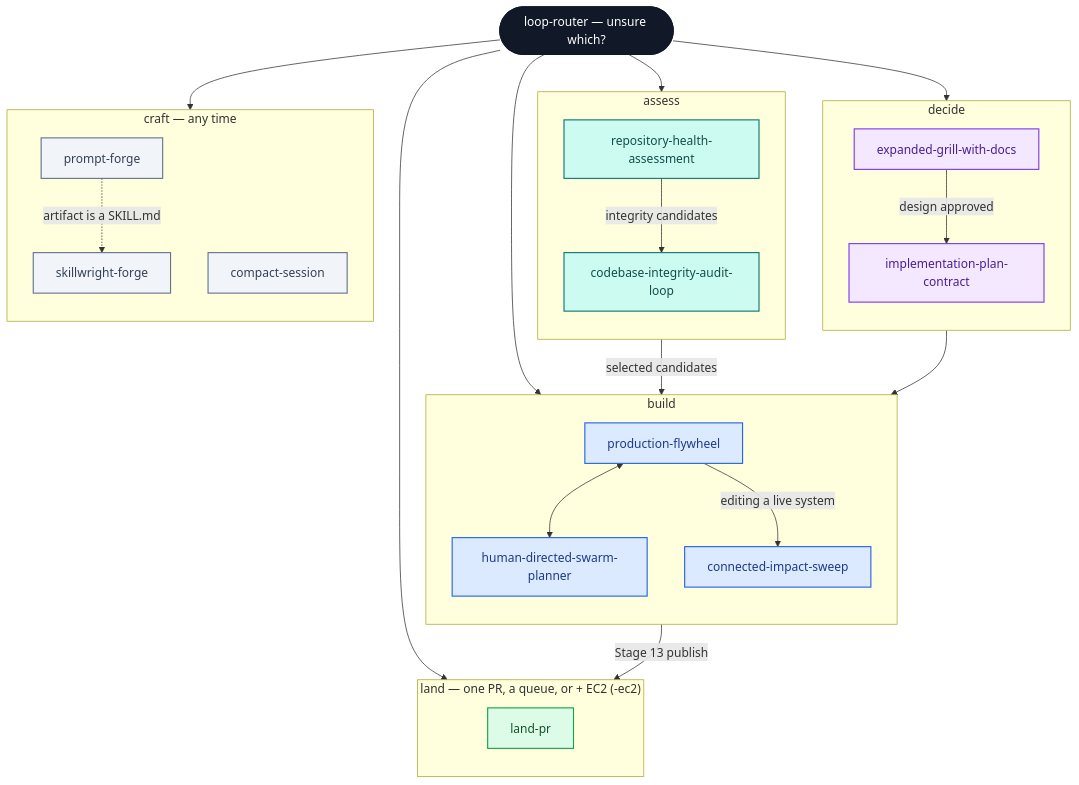
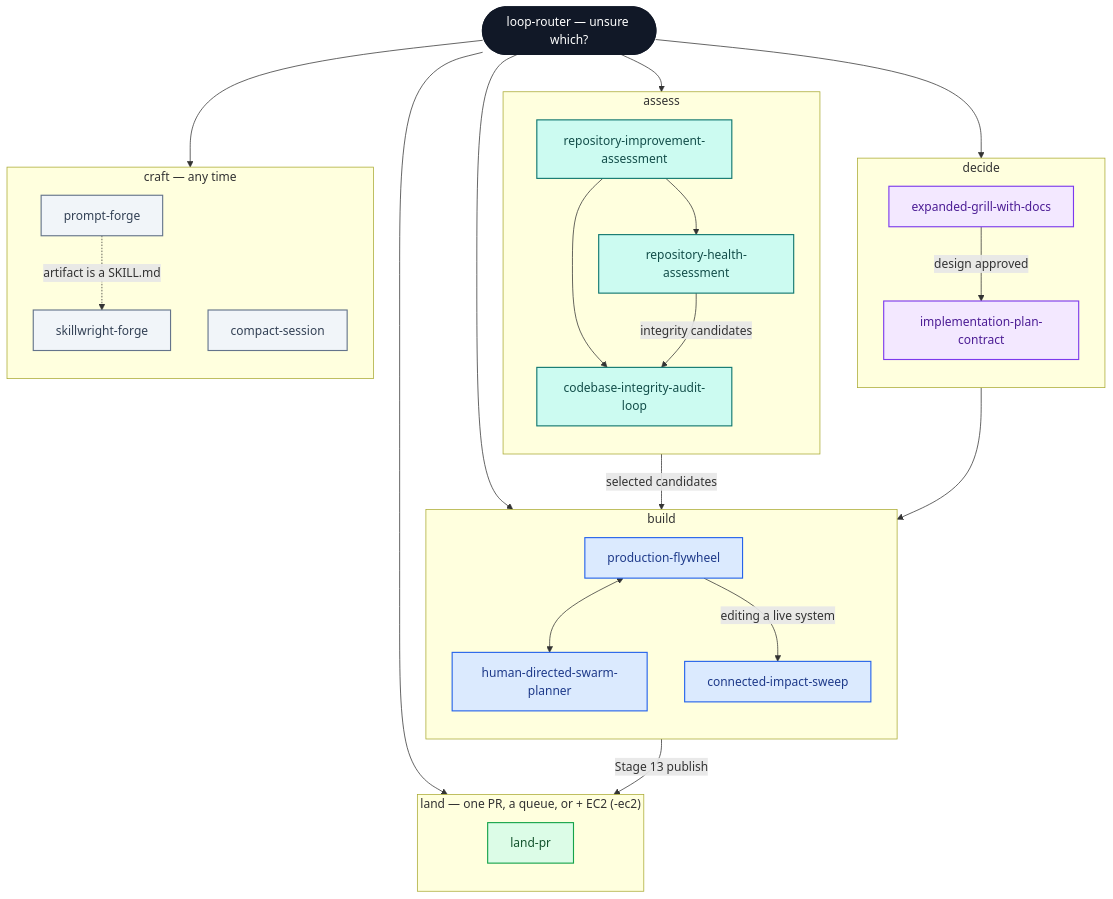
One commit to markwuenschel-dev/markdev-skills changed the diagram in README.md. Above: the diagram before and after it, drawn with Mermaid. The commit also changed other lines of this file and 131 other files, not shown here.

First line of the commit message:
feat(repository-improvement-assessment): vendor RIA v0.8.4 into the catalog

````diff
--- a/README.md
+++ b/README.md
@@ -49,63 +49,66 @@
 ```mermaid
 flowchart TD
     R(["loop-router — unsure which?"])
     R --> DECIDE
     R --> ASSESS
     R --> BUILD
     R --> LAND
     R --> CRAFT
 
     subgraph DECIDE["decide"]
         direction TB
         EG["expanded-grill-with-docs"]
         IPC["implementation-plan-contract"]
         EG -->|"design approved"| IPC
     end
 
     subgraph ASSESS["assess"]
         direction TB
+        RIA["repository-improvement-assessment"]
         RHA["repository-health-assessment"]
         CIAL["codebase-integrity-audit-loop"]
+        RIA --> RHA
+        RIA --> CIAL
         RHA -->|"integrity candidates"| CIAL
     end
 
     subgraph BUILD["build"]
         direction TB
         PF["production-flywheel"]
         HDSP["human-directed-swarm-planner"]
         CIS["connected-impact-sweep"]
         PF <--> HDSP
         PF -->|"editing a live system"| CIS
     end
 
     subgraph LAND["land — one PR, a queue, or + EC2 (-ec2)"]
         direction TB
         LP["land-pr"]
     end
 
     subgraph CRAFT["craft — any time"]
         direction TB
         PFG["prompt-forge"]
         SWF["skillwright-forge"]
         CS["compact-session"]
         PFG -.->|"artifact is a SKILL.md"| SWF
     end
 
     IPC --> PF
     CIAL -->|"selected candidates"| PF
     PF -->|"Stage 13 publish"| LP
 
     classDef router fill:#111827,stroke:#111827,color:#ffffff,stroke-width:2px
     classDef decide fill:#f3e8ff,stroke:#7c3aed,color:#4c1d95,stroke-width:1.5px
     classDef assess fill:#ccfbf1,stroke:#0f766e,color:#134e4a,stroke-width:1.5px
     classDef build fill:#dbeafe,stroke:#2563eb,color:#1e3a8a,stroke-width:1.5px
     classDef land fill:#dcfce7,stroke:#16a34a,color:#14532d,stroke-width:1.5px
     classDef craft fill:#f1f5f9,stroke:#64748b,color:#334155,stroke-width:1.5px
 
     class R router
     class EG,IPC decide
-    class RHA,CIAL assess
+    class RIA,RHA,CIAL assess
     class PF,HDSP,CIS build
     class LP land
     class PFG,SWF,CS craft
 ```
````
